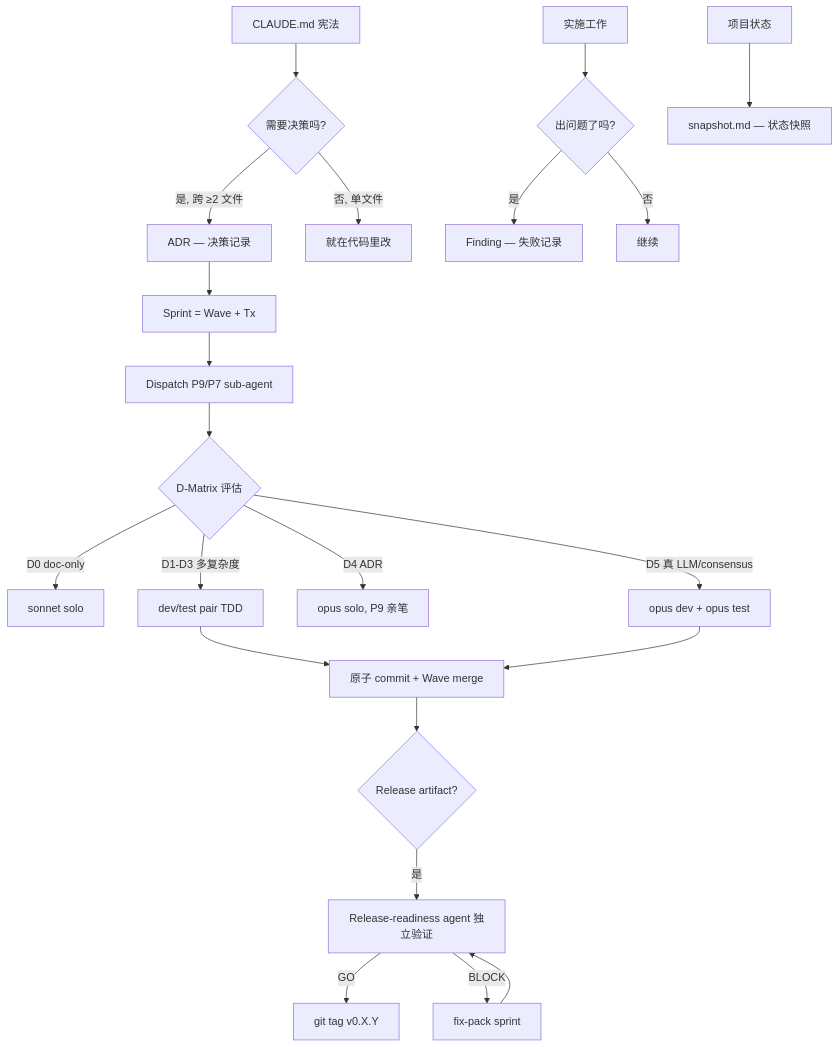
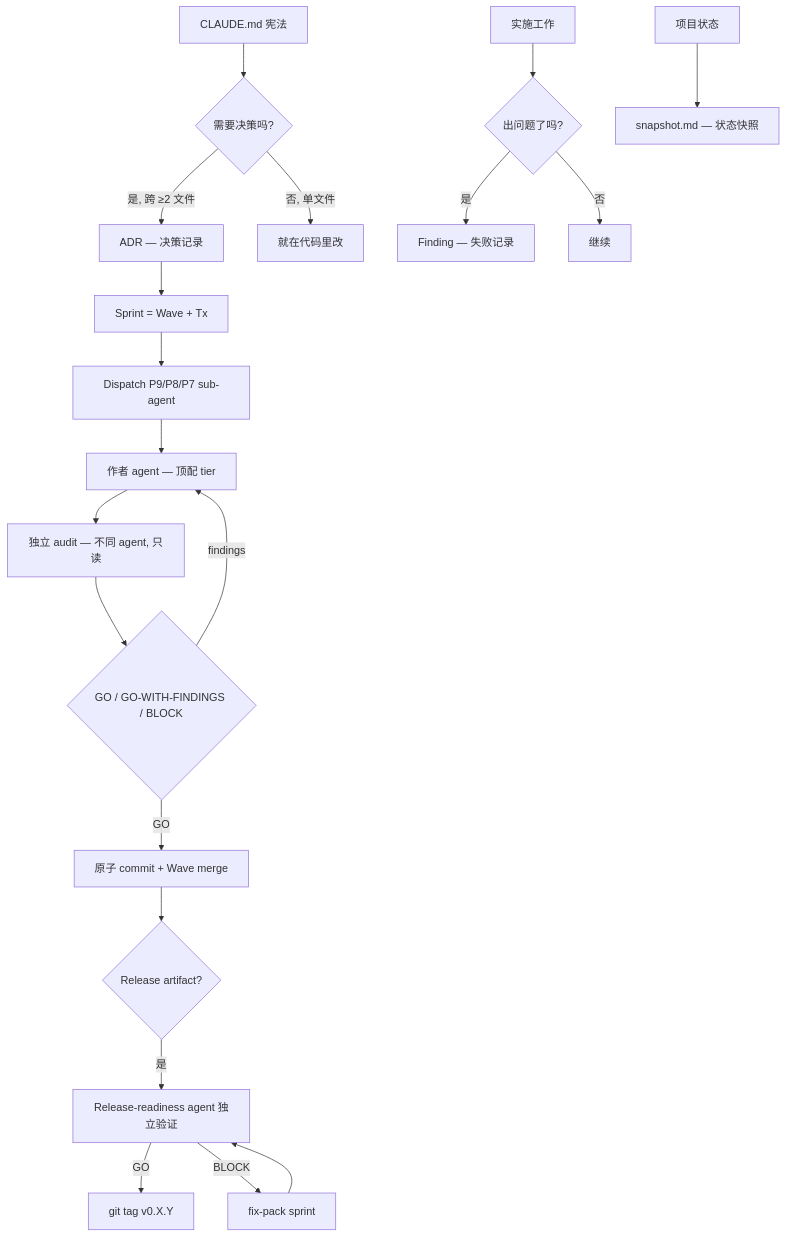
The first of 10 diagrams in docs/human/zh/concept-map.md (Cobrust-lang/agent-driven-development), drawn with Mermaid before and after one commit. The commit also changed other lines of this file and 7 other files, not shown here.

````diff
--- a/docs/human/zh/concept-map.md
+++ b/docs/human/zh/concept-map.md
@@ -7,30 +12,27 @@
 ```mermaid
 flowchart TB
     Constitution[CLAUDE.md 宪法] --> Decisions{需要决策吗?}
     Decisions -->|是, 跨 ≥2 文件| ADR[ADR — 决策记录]
     Decisions -->|否, 单文件| InCode[就在代码里改]
 
     Implementation[实施工作] --> Failure{出问题了吗?}
     Failure -->|是| Finding[Finding — 失败记录]
     Failure -->|否| Continue[继续]
 
     State[项目状态] --> Snapshot[snapshot.md — 状态快照]
 
     ADR --> Sprint[Sprint = Wave + Tx]
-    Sprint --> Dispatch[Dispatch P9/P7 sub-agent]
+    Sprint --> Dispatch[Dispatch P9/P8/P7 sub-agent]
 
-    Dispatch --> Drating{D-Matrix 评估}
-    Drating -->|D0 doc-only| Sonnet[sonnet solo]
-    Drating -->|D1-D3 多复杂度| Pair[dev/test pair TDD]
-    Drating -->|D4 ADR| OpusSolo[opus solo, P9 亲笔]
-    Drating -->|D5 真 LLM/consensus| OpusPair[opus dev + opus test]
-
-    Pair --> CommitWave[原子 commit + Wave merge]
-    OpusPair --> CommitWave
+    Dispatch --> Author[作者 agent — 顶配 tier]
+    Author --> Audit[独立 audit — 不同 agent, 只读]
+    Audit --> Verdict{GO / GO-WITH-FINDINGS / BLOCK}
+    Verdict -->|findings| Author
+    Verdict -->|GO| CommitWave[原子 commit + Wave merge]
 
     CommitWave --> ReleaseGate{Release artifact?}
     ReleaseGate -->|是| ReleaseReady[Release-readiness agent 独立验证]
     ReleaseReady -->|GO| Tag[git tag v0.X.Y]
     ReleaseReady -->|BLOCK| Fix[fix-pack sprint]
     Fix --> ReleaseReady
 ```
````
